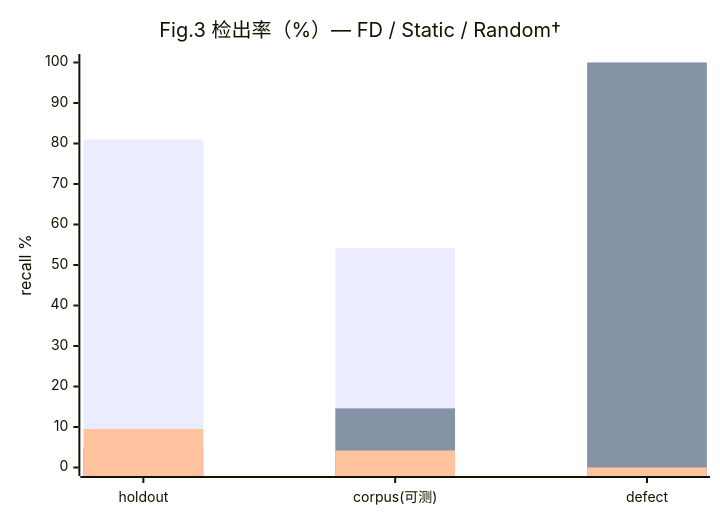
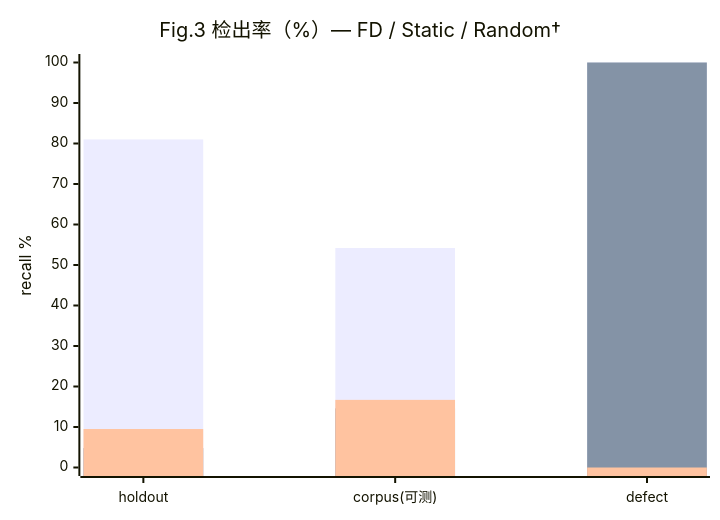
Before and after one commit to LiaoRanran/CPP-Bible: the third of 4 diagrams in research/paper_v0.9.md, drawn with Mermaid. The commit also changed other lines of this file and 35 other files, not shown here.

````diff
--- a/research/paper_v0.9.md
+++ b/research/paper_v0.9.md
@@ -307,9 +307,9 @@
 ```mermaid
 xychart-beta
     title "Fig.3 检出率（%）— FD / Static / Random†"
     x-axis ["holdout", "corpus(可测)", "defect"]
     y-axis "recall %" 0 --> 100
     bar [81.0, 54.2, 100]
     bar [4.8, 14.6, 100]
-    bar [9.5, 4.2, 0]
+    bar [9.5, 16.7, 0]
 ```
````
